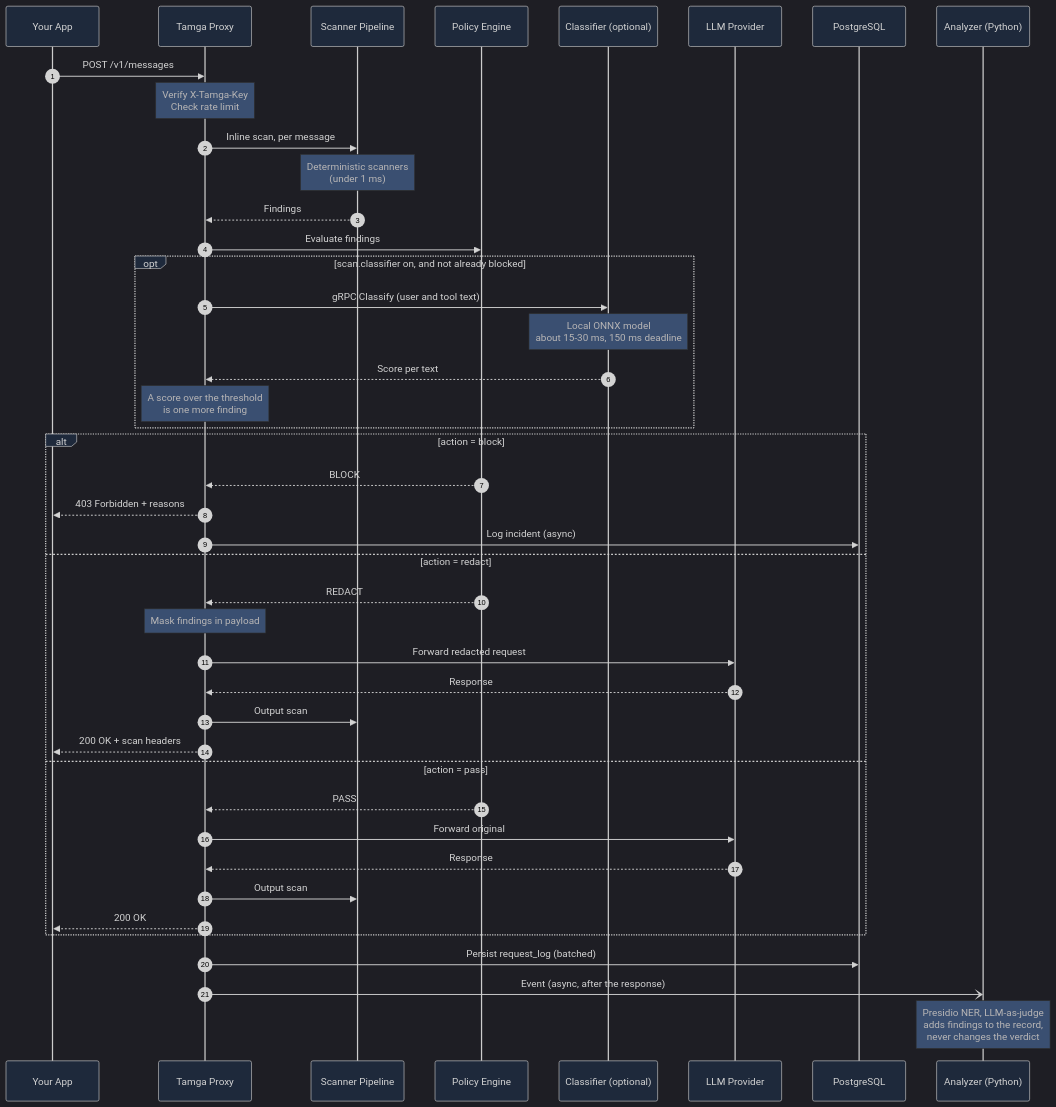
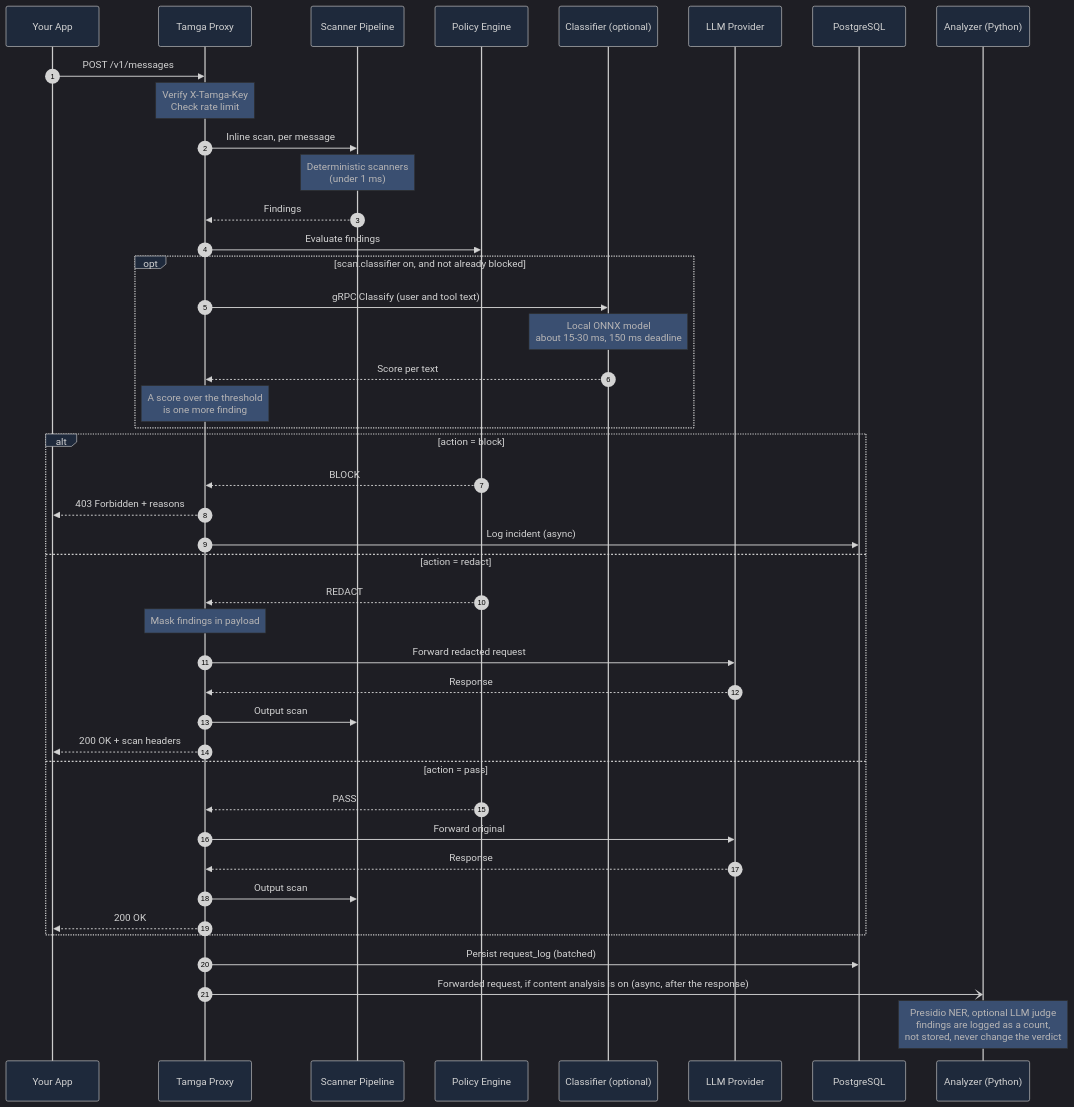
Before and after one commit to yatuk/tamga: the second of 5 diagrams in docs/architecture/README.md, drawn with Mermaid. The commit also changed other lines of this file and 4 other files, not shown here.

````diff
--- a/docs/architecture/README.md
+++ b/docs/architecture/README.md
@@ -96,62 +96,62 @@
 ```mermaid
 %%{init: {
   'theme': 'dark',
   'themeVariables': {
     'primaryColor': '#1e3a5f',
     'primaryTextColor': '#dbeafe',
     'primaryBorderColor': '#3b82f6',
     'lineColor': '#6b7280',
     'background': '#0f172a',
     'mainBkg': '#1e293b'
   }
 }}%%
 sequenceDiagram
     autonumber
     participant App as Your App
     participant Proxy as Tamga Proxy
     participant Scanner as Scanner Pipeline
     participant Policy as Policy Engine
     participant Classifier as Classifier (optional)
     participant LLM as LLM Provider
     participant DB as PostgreSQL
     participant Analyzer as Analyzer (Python)
 
     App->>Proxy: POST /v1/messages
     Note over Proxy: Verify X-Tamga-Key<br/>Check rate limit
 
     Proxy->>Scanner: Inline scan, per message
     Note over Scanner: Deterministic scanners<br/>(under 1 ms)
     Scanner-->>Proxy: Findings
 
     Proxy->>Policy: Evaluate findings
 
     opt scan.classifier on, and not already blocked
         Proxy->>Classifier: gRPC Classify (user and tool text)
         Note over Classifier: Local ONNX model<br/>about 15-30 ms, 150 ms deadline
         Classifier-->>Proxy: Score per text
         Note over Proxy: A score over the threshold<br/>is one more finding
     end
 
     alt action = block
         Policy-->>Proxy: BLOCK
         Proxy-->>App: 403 Forbidden + reasons
         Proxy->>DB: Log incident (async)
     else action = redact
         Policy-->>Proxy: REDACT
         Note over Proxy: Mask findings in payload
         Proxy->>LLM: Forward redacted request
         LLM-->>Proxy: Response
         Proxy->>Scanner: Output scan
         Proxy-->>App: 200 OK + scan headers
     else action = pass
         Policy-->>Proxy: PASS
         Proxy->>LLM: Forward original
         LLM-->>Proxy: Response
         Proxy->>Scanner: Output scan
         Proxy-->>App: 200 OK
     end
 
     Proxy->>DB: Persist request_log (batched)
-    Proxy-)Analyzer: Event (async, after the response)
-    Note over Analyzer: Presidio NER, LLM-as-judge<br/>adds findings to the record,<br/>never changes the verdict
+    Proxy-)Analyzer: Forwarded request, if content analysis is on (async, after the response)
+    Note over Analyzer: Presidio NER, optional LLM judge<br/>findings are logged as a count,<br/>not stored, never change the verdict
 ```
````
